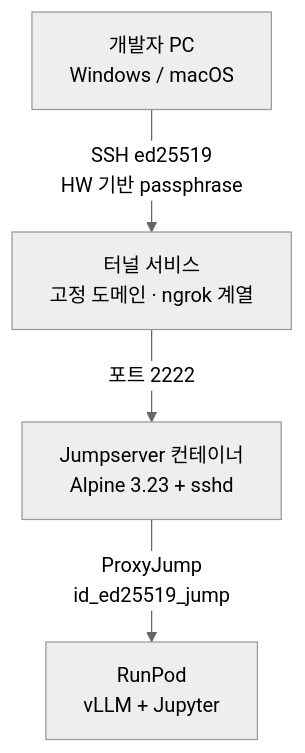
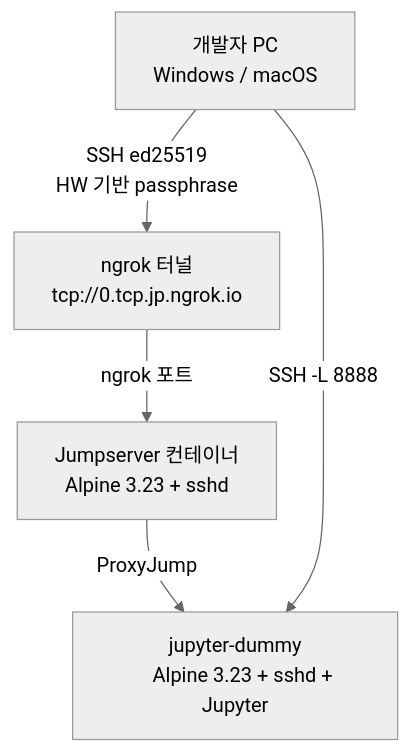
One commit to SKN26-Infra-Study/SSH_placyground changed the diagram in README.md. Above: the diagram before and after it, drawn with Mermaid (neutral theme). The commit also changed other lines of this file, not shown here.

First line of the commit message:
docs(readme): update verified checklist and architecture overview

````diff
--- a/README.md
+++ b/README.md
@@ -26,16 +33,17 @@
 ```mermaid
 flowchart TD
     A["개발자 PC
     Windows / macOS"]
-    B["터널 서비스
-    고정 도메인 · ngrok 계열"]
+    B["ngrok 터널
+    tcp://0.tcp.jp.ngrok.io"]
     C["Jumpserver 컨테이너
     Alpine 3.23 + sshd"]
-    D["RunPod\nvLLM + Jupyter"]
+    D["jupyter-dummy
+    Alpine 3.23 + sshd + Jupyter"]
 
     A -->|"SSH ed25519
     HW 기반 passphrase"| B
-    B -->|"포트 2222"| C
-    C -->|"ProxyJump
-    id_ed25519_jump"| D
+    B -->|"ngrok 포트"| C
+    C -->|"ProxyJump"| D
+    A -->|"SSH -L 8888"| D
 ```
````
